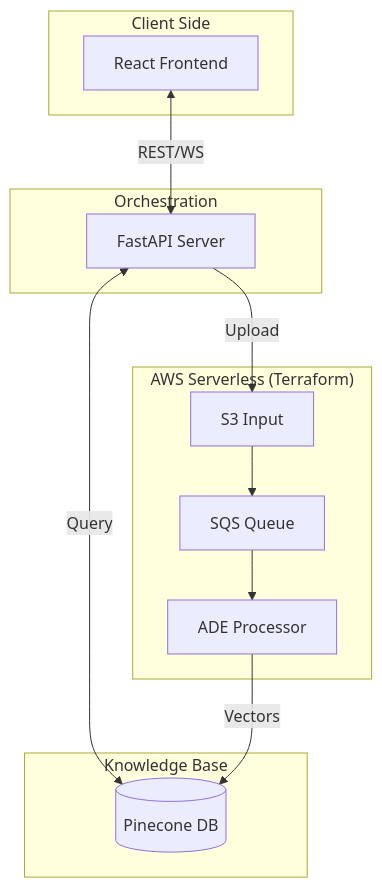
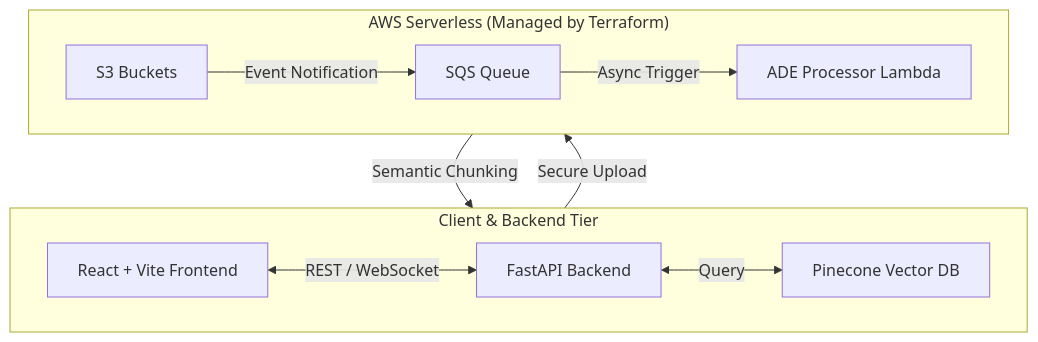
Before and after one commit to Khadka-Bishal/DeepRecall: the first of 4 diagrams in README.md, drawn with Mermaid. The commit also changed other lines of this file, not shown here.

````diff
--- a/README.md
+++ b/README.md
@@ -17,23 +17,16 @@
 ```mermaid
 graph TD
-    subgraph Client ["Client Side"]
-        UI[React Frontend]
+    subgraph "Client & Backend Tier"
+        direction LR
+        C["React + Vite Frontend"] <-->|REST / WebSocket| B["FastAPI Backend"]
+        B <-->|Query| P["Pinecone Vector DB"]
     end
 
-    subgraph Backend ["Orchestration"]
-        API[FastAPI Server]
+    subgraph "AWS Serverless (Managed by Terraform)"
+        direction LR
+        S["S3 Buckets"] -->|"Event Notification"| SQS["SQS Queue"] -->|"Async Trigger"| L["ADE Processor Lambda"]
     end
 
-    subgraph AWS ["AWS Serverless (Terraform)"]
-        S3[S3 Input] --> SQS[SQS Queue] --> Lambda[ADE Processor]
-    end
-
-    subgraph KB ["Knowledge Base"]
-        Pinecone[(Pinecone DB)]
-    end
-
-    UI <-->|REST/WS| API
-    API <-->|Query| Pinecone
-    API -->|Upload| S3
-    Lambda -->|Vectors| Pinecone
+    B -->|"Secure Upload"| S
+    L -->|"Semantic Chunking"| P
 ```
````
